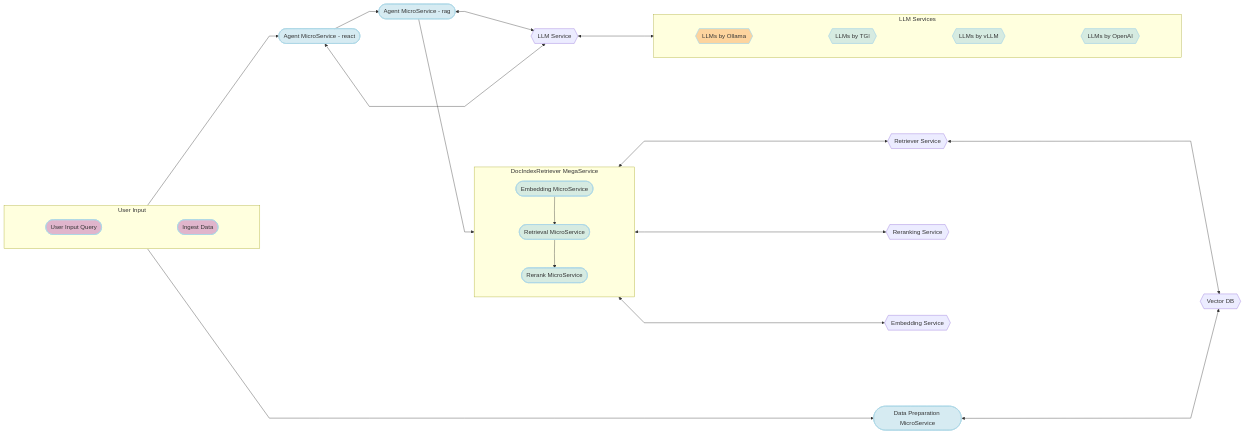
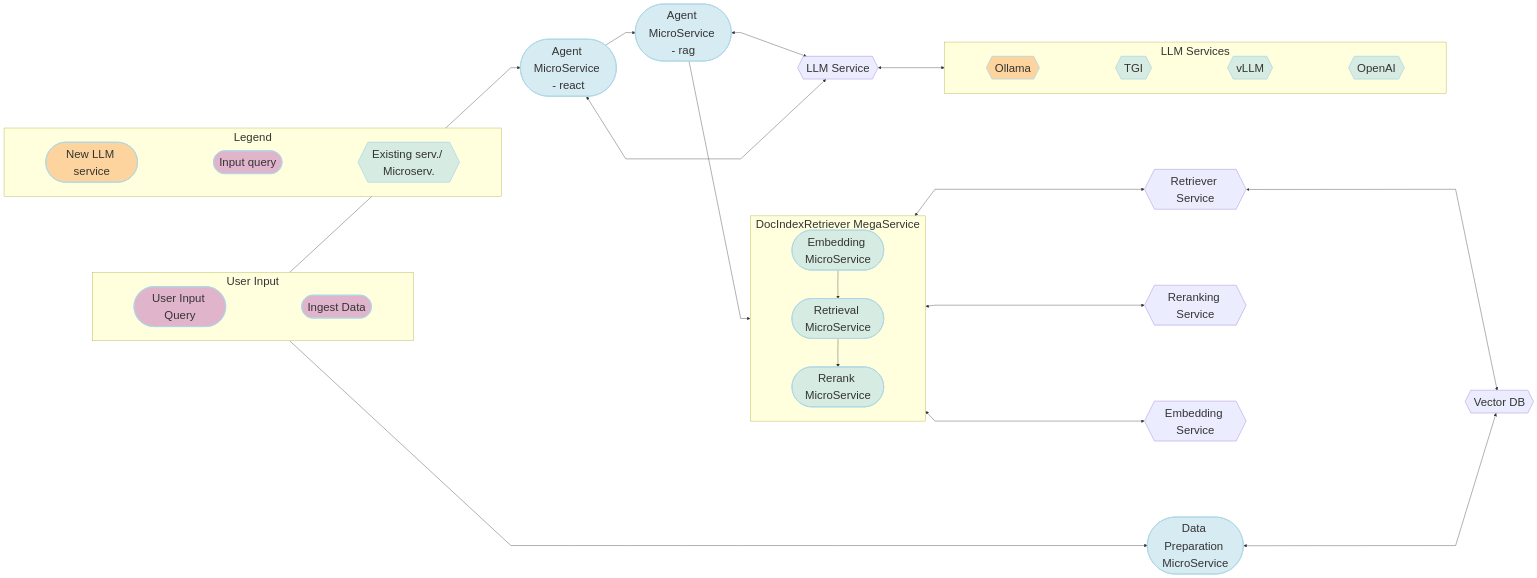
One commit to opea-project/docs changed the diagram in community/rfcs/24-11-25-GenAIExamples-Ollama_support_for_xeon.md. Above: the diagram before and after it, drawn with Mermaid. The commit also changed other lines of this file, not shown here.

Commit message:
Added changes based on reviews, i.e. use case story and design diagram

````diff
--- a/community/rfcs/24-11-25-GenAIExamples-Ollama_support_for_xeon.md
+++ b/community/rfcs/24-11-25-GenAIExamples-Ollama_support_for_xeon.md
@@ -71,63 +71,66 @@
 ```mermaid
 ---
 config:
   flowchart:
     nodeSpacing: 200
     rankSpacing: 50
     curve: linear
   themeVariables:
-    fontSize: 16px
+    fontSize: 30px
 ---
 flowchart LR
     %% Colors %%
     classDef blue fill:#ADD8E6,stroke:#ADD8E6,stroke-width:2px,fill-opacity:0.5
     classDef orange fill:#FBAA60,stroke:#ADD8E6,stroke-width:2px,fill-opacity:0.5
     classDef orchid fill:#C26DBC,stroke:#ADD8E6,stroke-width:2px,fill-opacity:0.5
-
     %% Subgraphs %%
     subgraph DocIndexRetriever["DocIndexRetriever MegaService"]
-        direction TB
-        EM([Embedding MicroService]):::blue
-        RET([Retrieval MicroService]):::blue
-        RER([Rerank MicroService]):::blue
+      direction TB
+      EM([Embedding MicroService]):::blue
+      RET([Retrieval MicroService]):::blue
+      RER([Rerank MicroService]):::blue
     end
     subgraph UserInput["User Input"]
         direction TB
         a([User Input Query]):::orchid
         Ingest([Ingest Data]):::orchid
     end
     subgraph LLMServices["LLM Services"]
-        direction TB
-        LLM_ollama{{LLMs by Ollama}}:::orange
-        LLM_tgi{{LLMs by TGI}}:::blue
-        LLM_vllm{{LLMs by vLLM}}:::blue
-        LLM_openai{{LLMs by OpenAI}}:::blue
+      direction TB
+      LLM_ollama{{Ollama}}:::orange
+      LLM_tgi{{TGI}}:::blue
+      LLM_vllm{{vLLM}}:::blue
+      LLM_openai{{OpenAI}}:::blue
     end
-
+    subgraph Legend
+        X([New LLM service]):::orange
+        Y([Input query]):::orchid
+        Z{{Existing serv./ Microserv.}}:::blue
+    end
     AG_REACT([Agent MicroService - react]):::blue
     AG_RAG([Agent MicroService - rag]):::blue
     LLM_gen{{LLM Service}}
     DP([Data Preparation MicroService]):::blue
     TEI_RER{{Reranking Service}}
     TEI_EM{{Embedding Service}}
     VDB{{Vector DB}}
     R_RET{{Retriever Service}}
 
     %% Flow %%
     a --> AG_REACT
     AG_REACT --> AG_RAG
     AG_RAG --> DocIndexRetriever
     EM --> RET
     RET --> RER
     Ingest --> DP
 
     AG_RAG <--> LLM_gen
     LLM_gen <--> LLMServices
     AG_REACT <--> LLM_gen
     EM <--> TEI_EM
     RET <--> R_RET
     RER <--> TEI_RER
 
     R_RET <--> VDB
     DP <--> VDB
 ```
````
